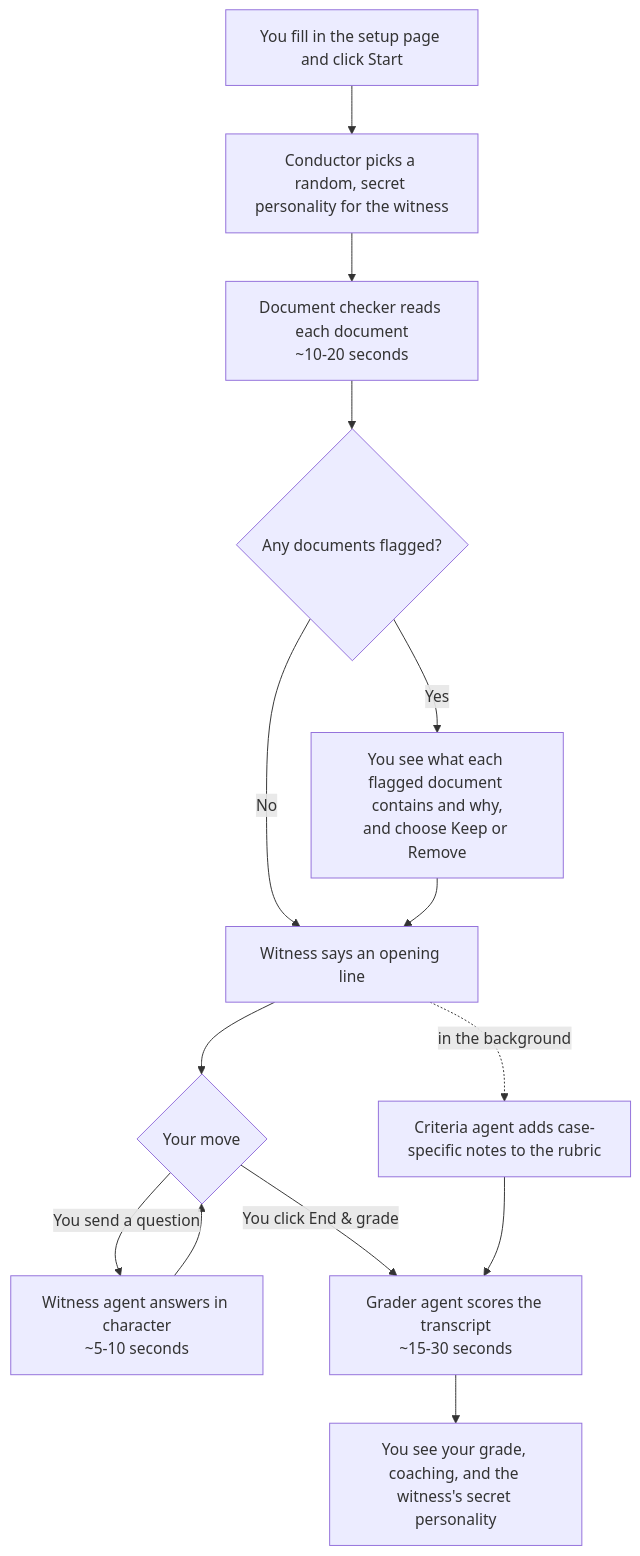
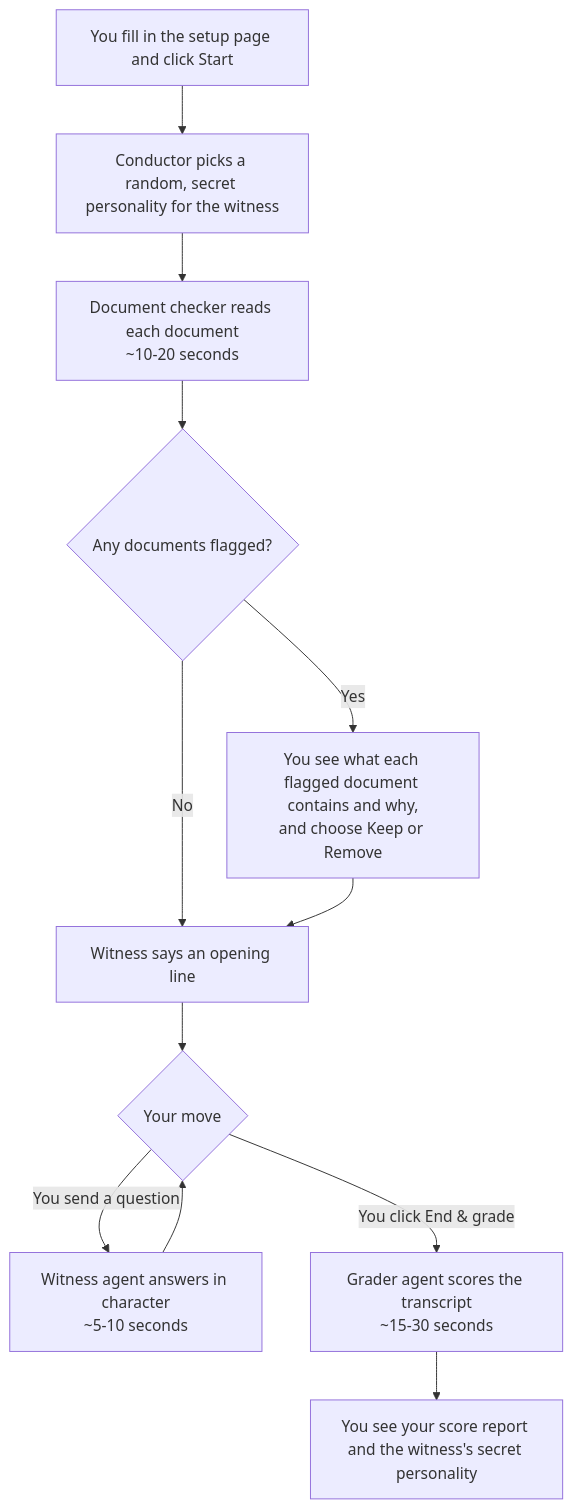
One commit to haycon0/expert-interviewer changed the first of 2 diagrams in docs/HOW-IT-WORKS.md. Above: the diagram before and after it, drawn with Mermaid. The commit also changed other lines of this file and 39 other files, not shown here.

````diff
--- a/docs/HOW-IT-WORKS.md
+++ b/docs/HOW-IT-WORKS.md
@@ -31,16 +31,14 @@
 ```mermaid
 flowchart TD
     A[You fill in the setup page and click Start] --> B[Conductor picks a random, secret personality for the witness]
     B --> C[Document checker reads each document<br/>~10-20 seconds]
     C --> D{Any documents flagged?}
     D -->|Yes| E[You see what each flagged document contains and why,<br/>and choose Keep or Remove]
     D -->|No| F
     E --> F[Witness says an opening line]
-    F -. in the background .-> G[Criteria agent adds case-specific notes to the rubric]
     F --> H{Your move}
     H -->|You send a question| I[Witness agent answers in character<br/>~5-10 seconds]
     I --> H
     H -->|You click End & grade| J[Grader agent scores the transcript<br/>~15-30 seconds]
-    G --> J
-    J --> K[You see your grade, coaching, and the witness's secret personality]
+    J --> K[You see your score report and the witness's secret personality]
 ```
````
